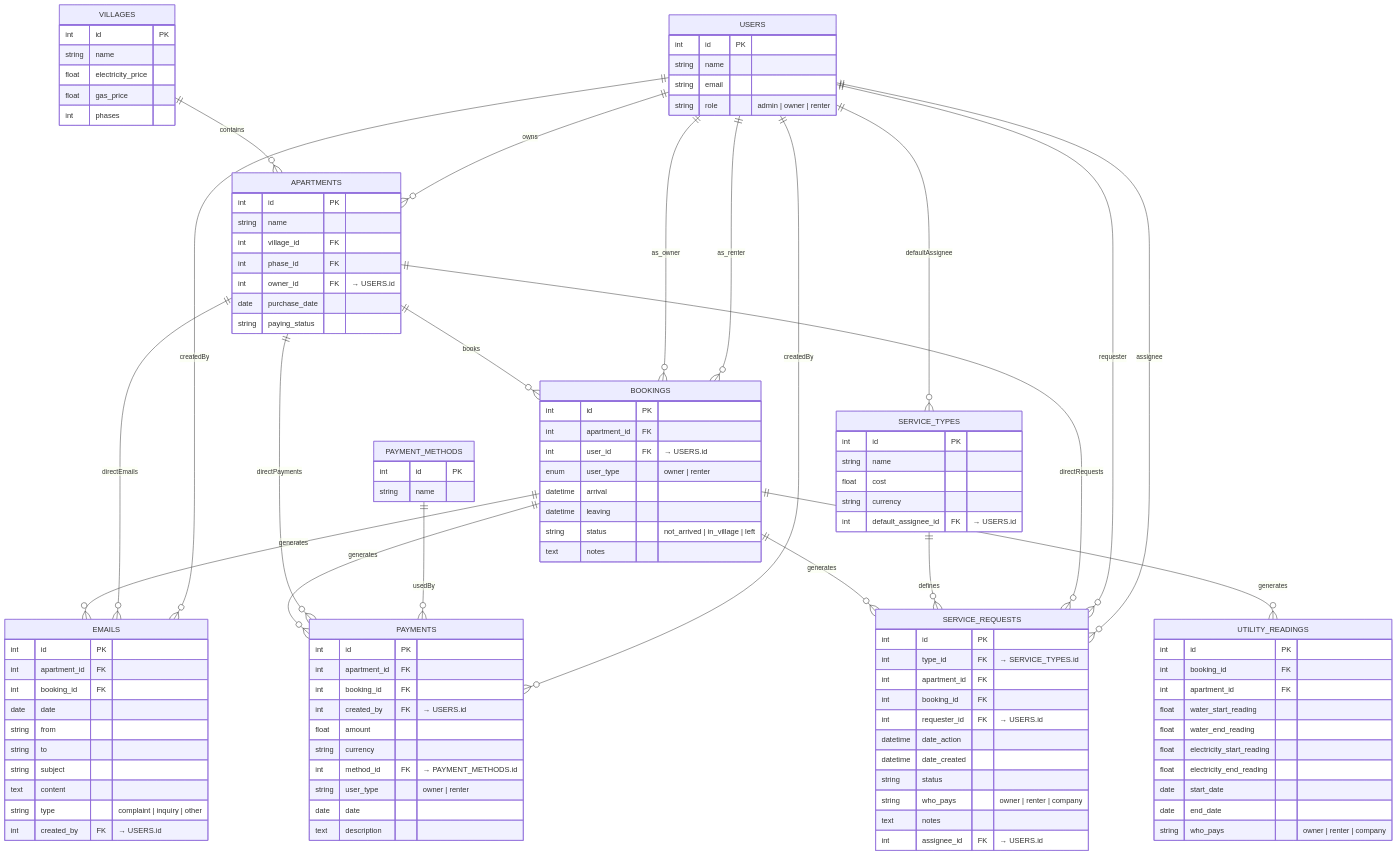
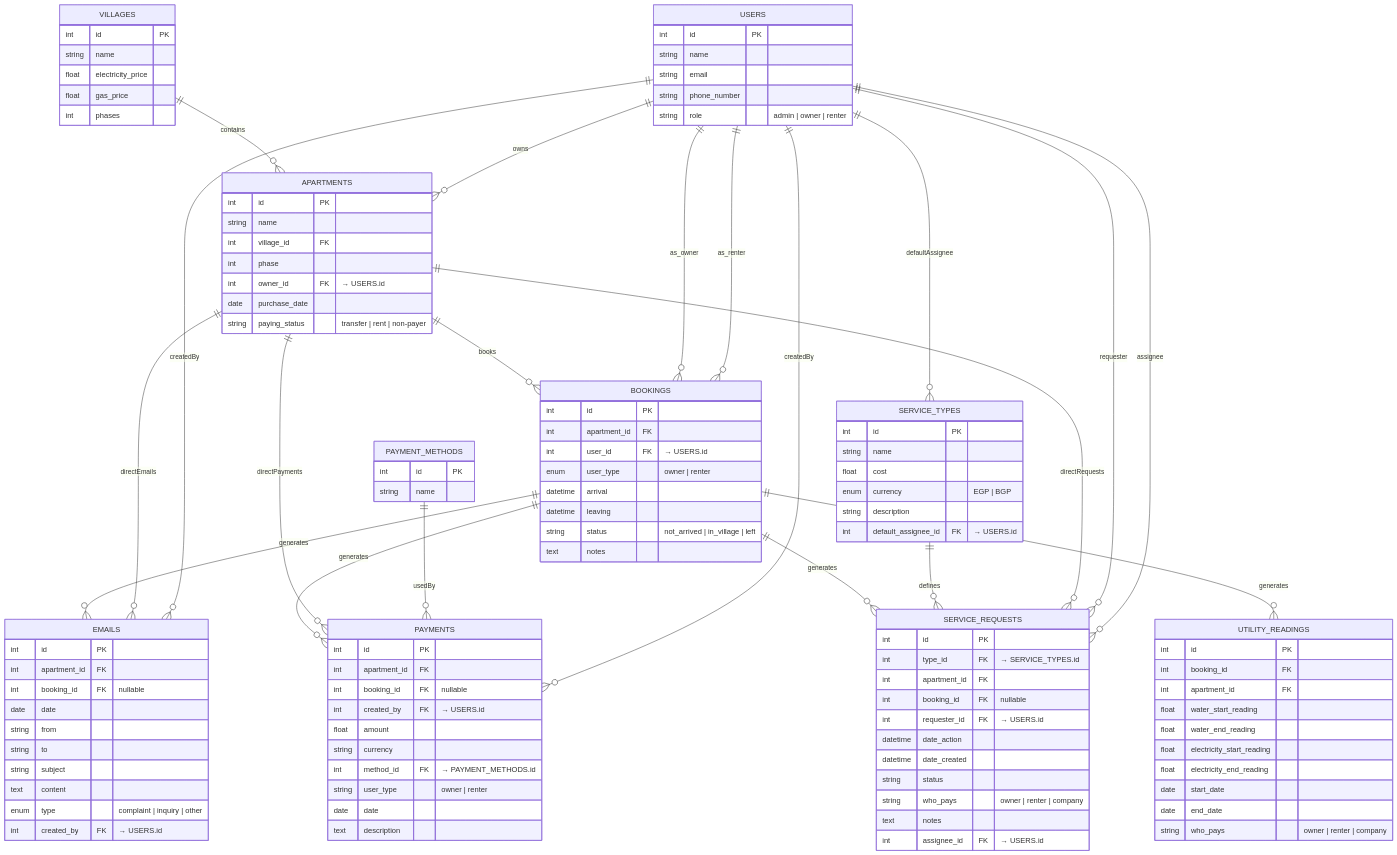
Before and after one commit to Apolo151/tourist-village-app: the diagram in docs/ERD.md, drawn with Mermaid.

Commit message:
update ERD

```diff
--- a/docs/ERD.md
+++ b/docs/ERD.md
@@ -13,16 +13,17 @@
         int    id PK
         string name
         string email
+        string phone_number
         string role       "admin | owner | renter"
     }
     APARTMENTS {
         int    id PK
         string name
         int    village_id FK
-        int    phase_id   FK
+        int    phase
         int    owner_id   FK "→ USERS.id"
         date   purchase_date
-        string paying_status
+        string paying_status    "transfer | rent | non-payer"
     }
     BOOKINGS {
         int    id PK
@@ -38,14 +39,15 @@
         int    id PK
         string name
         float  cost
-        string currency
+        enum currency   "EGP | BGP"
+        string description
         int    default_assignee_id FK "→ USERS.id"
     }
     SERVICE_REQUESTS {
         int    id PK
         int    type_id       FK "→ SERVICE_TYPES.id"
         int    apartment_id  FK
-        int    booking_id    FK
+        int    booking_id    FK "nullable"
         int    requester_id  FK "→ USERS.id"
         datetime date_action
         datetime date_created
@@ -73,7 +75,7 @@
     PAYMENTS {
         int    id PK
         int    apartment_id  FK
-        int    booking_id    FK
+        int    booking_id    FK "nullable"
         int    created_by    FK "→ USERS.id"
         float  amount
         string currency
@@ -85,13 +87,13 @@
     EMAILS {
         int    id PK
         int    apartment_id  FK
-        int    booking_id    FK
+        int    booking_id    FK "nullable"
         date   date
         string from
         string to
         string subject
         text   content
-        string type          "complaint | inquiry | other"
+        enum type          "complaint | inquiry | other"
         int    created_by    FK "→ USERS.id"
     }
 
```
